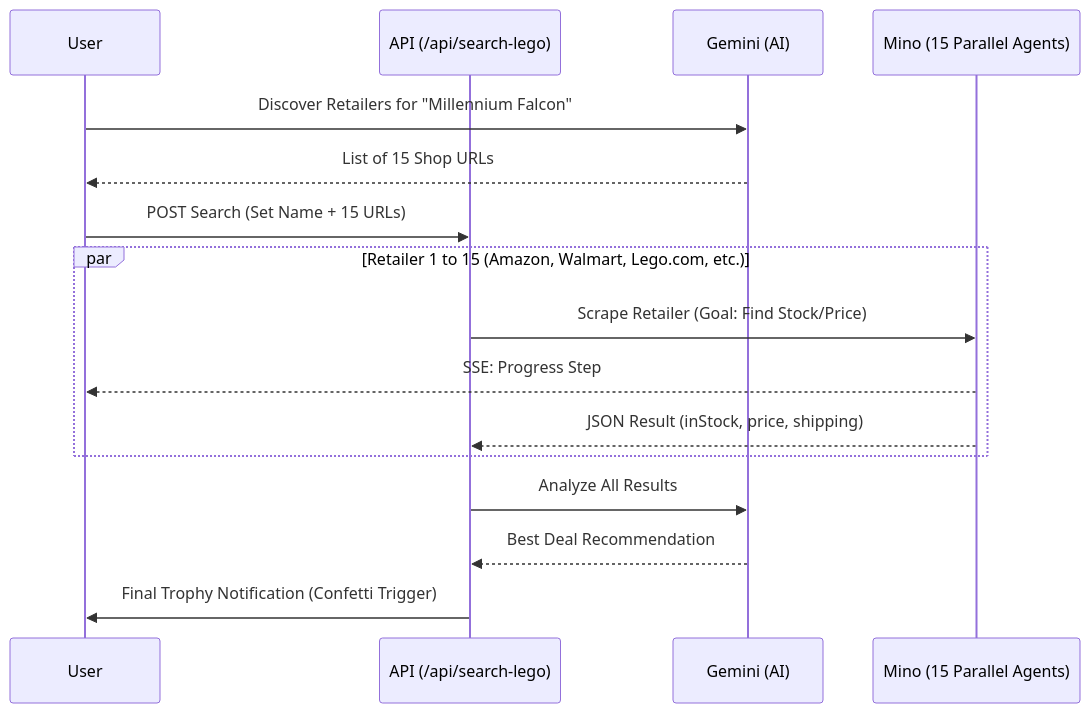
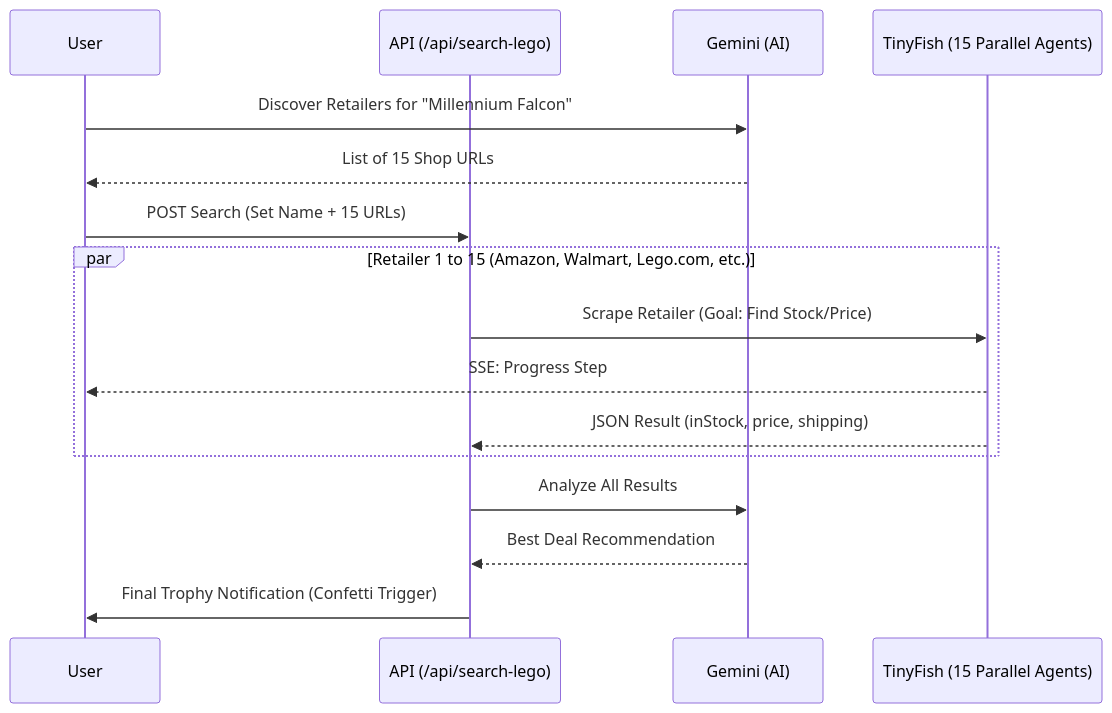
Before and after one commit to tinyfish-io/TinyFish-cookbook: the second of 2 diagrams in lego-hunter/README.md, drawn with Mermaid. The commit also changed other lines of this file and 11 other files, not shown here.

First line of the commit message:
Review cleanup: rename Mino → TinyFish, remove dead code, fix UI and env setup

````diff
--- a/lego-hunter/README.md
+++ b/lego-hunter/README.md
@@ -112,22 +105,22 @@
 ```mermaid
 sequenceDiagram
     participant U as User
     participant S as API (/api/search-lego)
     participant G as Gemini (AI)
-    participant M as Mino (15 Parallel Agents)
-    
+    participant M as TinyFish (15 Parallel Agents)
+
     U->>G: Discover Retailers for "Millennium Falcon"
     G-->>U: List of 15 Shop URLs
-    
+
     U->>S: POST Search (Set Name + 15 URLs)
-    
+
     par Retailer 1 to 15 (Amazon, Walmart, Lego.com, etc.)
         S->>M: Scrape Retailer (Goal: Find Stock/Price)
         M-->>U: SSE: Progress Step
         M-->>S: JSON Result (inStock, price, shipping)
     end
-    
+
     S->>G: Analyze All Results
     G-->>S: Best Deal Recommendation
     S->>U: Final Trophy Notification (Confetti Trigger)
 ```
````
